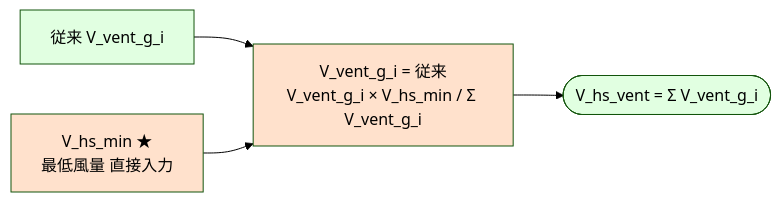
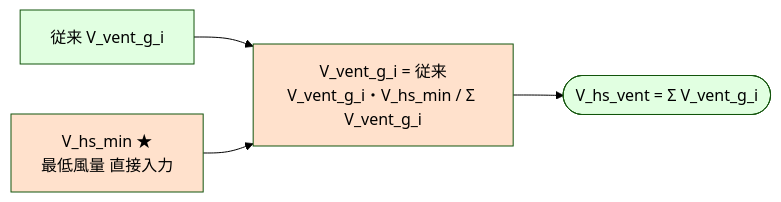
The fourth of 8 diagrams in docs/最低風量_最低電力_直接入力.md (iguchi-lab/Verification-Platform-Next), drawn with Mermaid (forest theme) before and after one commit. The commit also changed other lines of this file, not shown here.

````diff
--- a/docs/最低風量_最低電力_直接入力.md
+++ b/docs/最低風量_最低電力_直接入力.md
@@ -145,15 +157,15 @@
 ```mermaid
 flowchart LR
 
 Vmin["V_hs_min ★<br/>最低風量 直接入力"]
 Vg["従来 V_vent_g_i"]
 
-Vg --> Calc["V_vent_g_i = 従来V_vent_g_i × V_hs_min / Σ V_vent_g_i"]
+Vg --> Calc["V_vent_g_i = 従来V_vent_g_i・V_hs_min / Σ V_vent_g_i"]
 Vmin --> Calc
 Calc --> OutSum(["V_hs_vent = Σ V_vent_g_i"])
 
 style Vg fill:#e1ffe1
 style Vmin fill:#ffe1cc
 style Calc fill:#ffe1cc
 style OutSum fill:#e1ffe1
 ```
````
